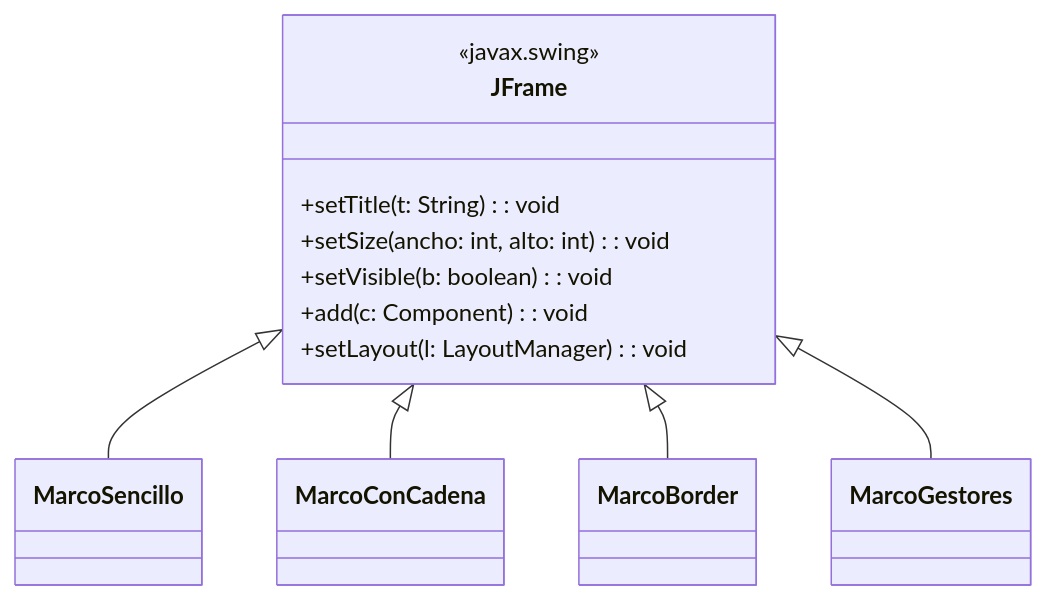
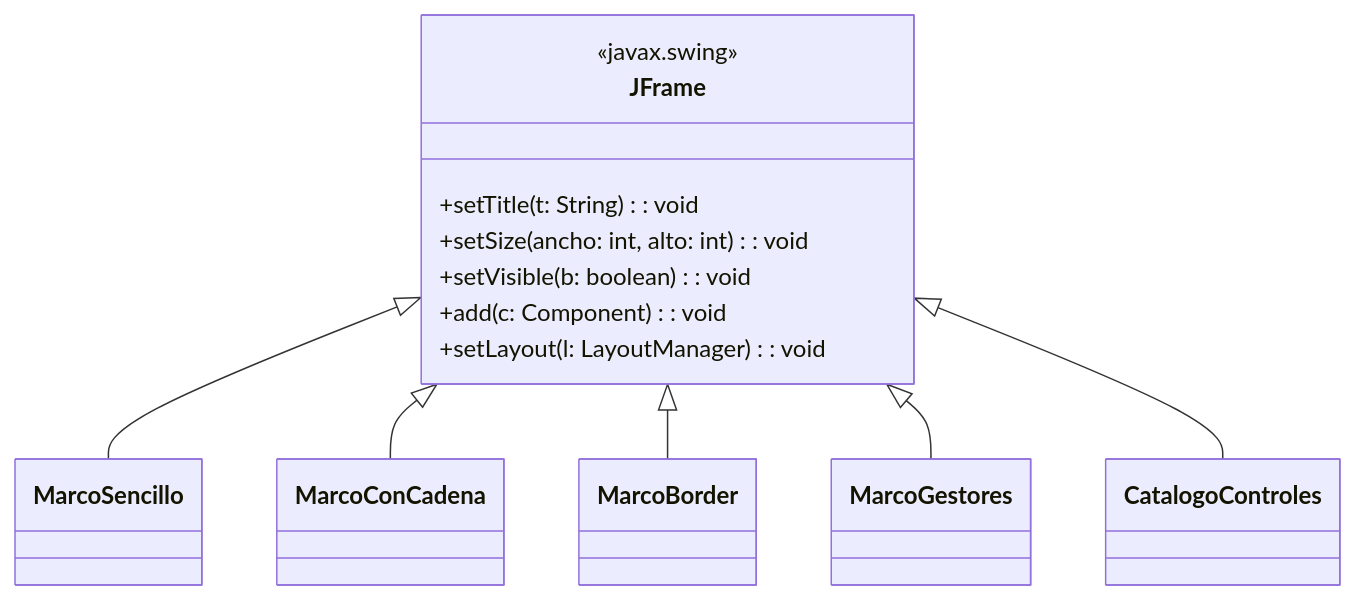
Before and after one commit to CursosProgramacionEP/USIL_SEMANA12: the first of 9 diagrams in README.md, drawn with Mermaid. The commit also changed other lines of this file and 11 other files, not shown here.

````diff
--- a/README.md
+++ b/README.md
@@ -48,19 +63,21 @@
 ```mermaid
 classDiagram
     class JFrame {
         <<javax.swing>>
         +setTitle(t: String) : void
         +setSize(ancho: int, alto: int) : void
         +setVisible(b: boolean) : void
         +add(c: Component) : void
         +setLayout(l: LayoutManager) : void
     }
     class MarcoSencillo
     class MarcoConCadena
     class MarcoBorder
     class MarcoGestores
+    class CatalogoControles
     JFrame <|-- MarcoSencillo
     JFrame <|-- MarcoConCadena
     JFrame <|-- MarcoBorder
     JFrame <|-- MarcoGestores
+    JFrame <|-- CatalogoControles
 ```
````
